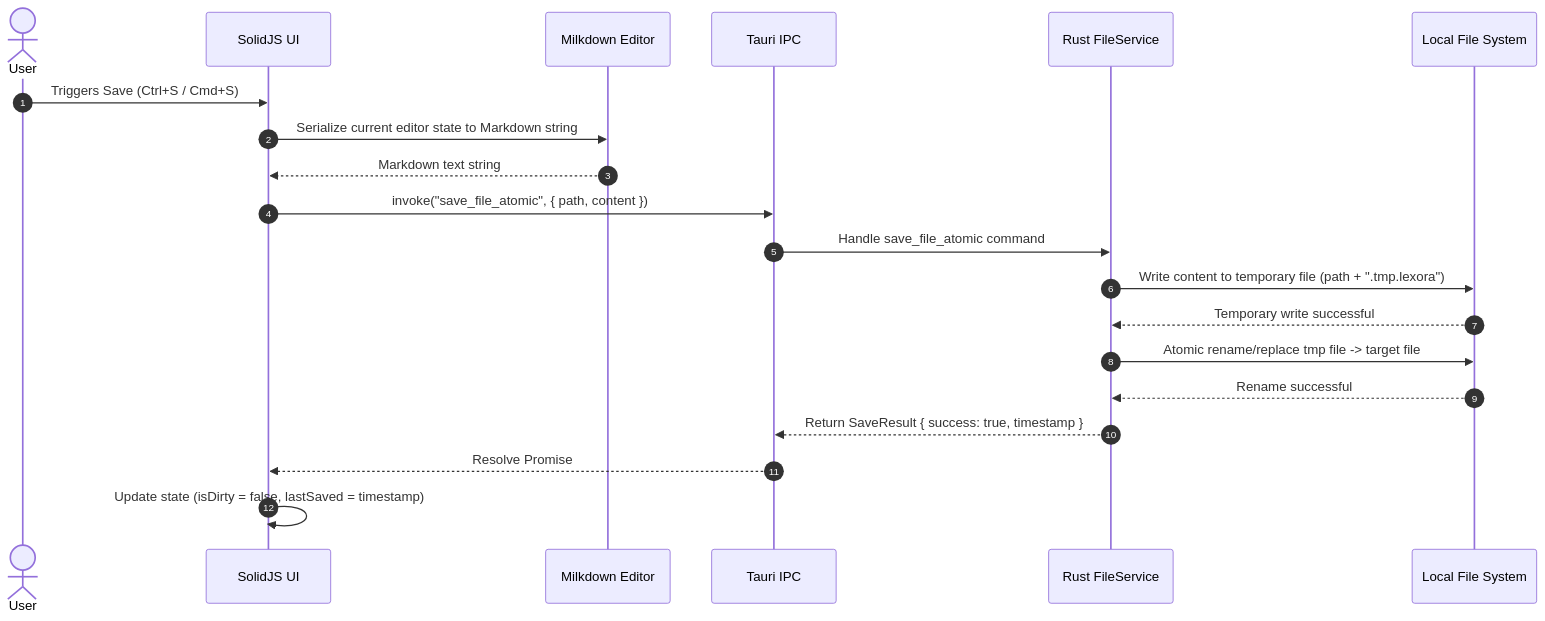
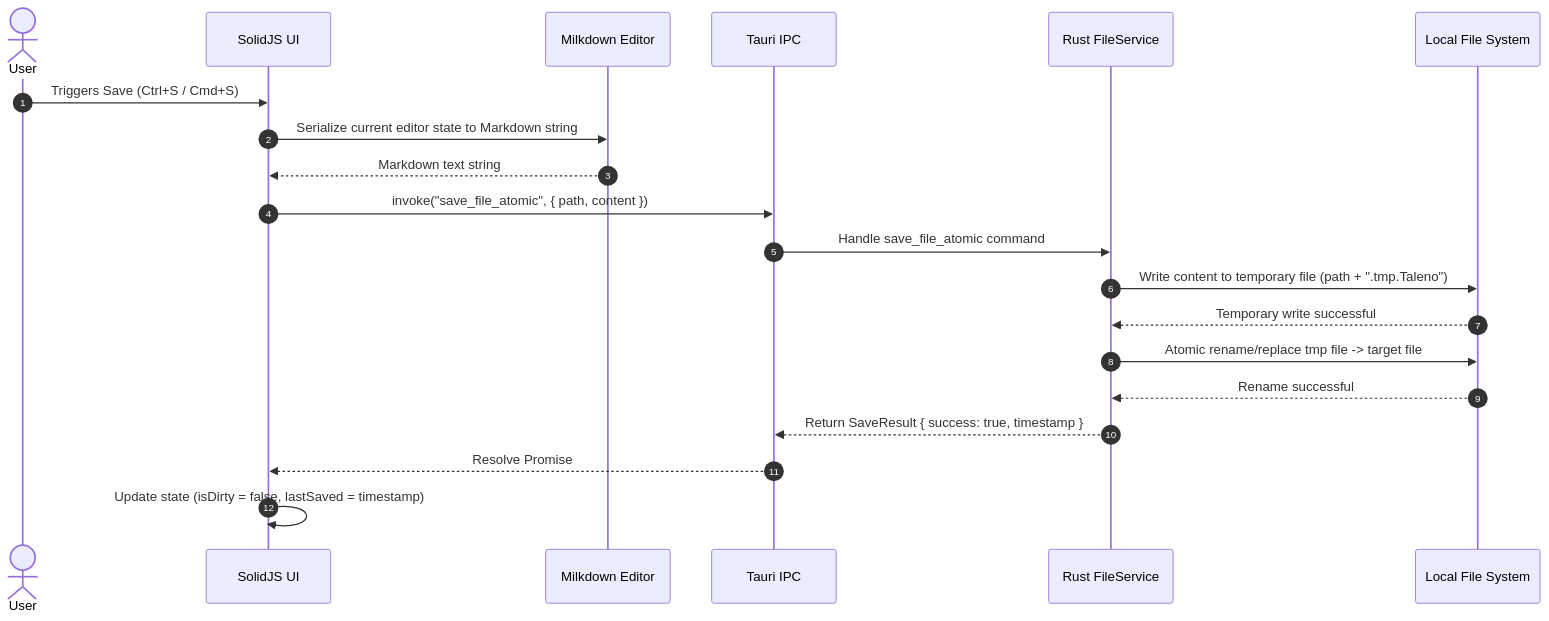
Before and after one commit to BerryUIKI/Lexora: the third of 3 diagrams in docs/ARCHITECTURE.md, drawn with Mermaid. The commit also changed other lines of this file and 72 other files, not shown here.

Commit message:
chore(rename): rebrand software from Lexora to Taleno

````diff
--- a/docs/ARCHITECTURE.md
+++ b/docs/ARCHITECTURE.md
@@ -140,23 +140,23 @@
 ```mermaid
 sequenceDiagram
     autonumber
     actor User
     participant UI as SolidJS UI
     participant Editor as Milkdown Editor
     participant IPC as Tauri IPC
     participant Rust as Rust FileService
     participant FS as Local File System
 
     User->>UI: Triggers Save (Ctrl+S / Cmd+S)
     UI->>Editor: Serialize current editor state to Markdown string
     Editor-->>UI: Markdown text string
     UI->>IPC: invoke("save_file_atomic", { path, content })
     IPC->>Rust: Handle save_file_atomic command
-    Rust->>FS: Write content to temporary file (path + ".tmp.lexora")
+    Rust->>FS: Write content to temporary file (path + ".tmp.Taleno")
     FS-->>Rust: Temporary write successful
     Rust->>FS: Atomic rename/replace tmp file -> target file
     FS-->>Rust: Rename successful
     Rust-->>IPC: Return SaveResult { success: true, timestamp }
     IPC-->>UI: Resolve Promise
     UI->>UI: Update state (isDirty = false, lastSaved = timestamp)
 ```
````
